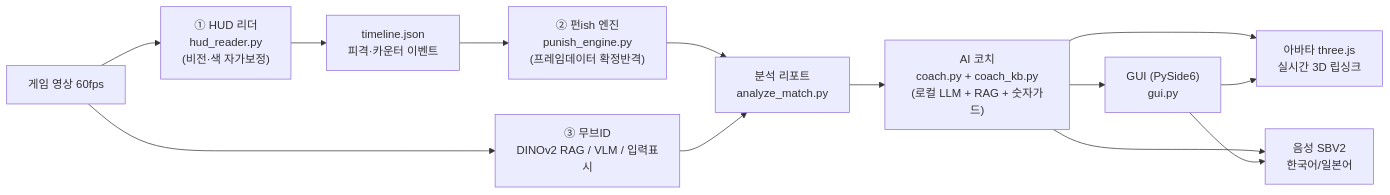
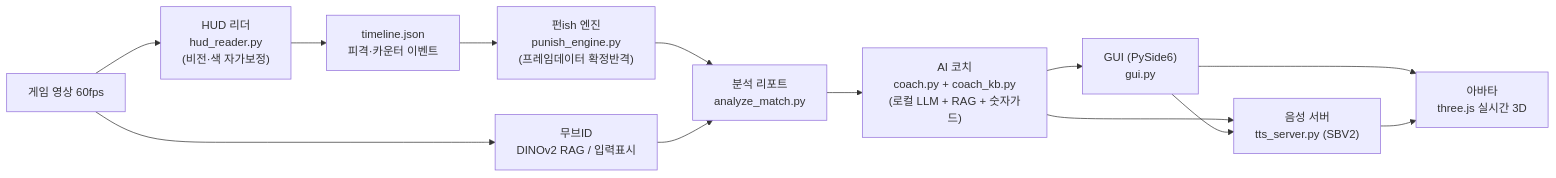
Before and after one commit to msc010312/punish_tool: the diagram in README.md, drawn with Mermaid. The commit also changed other lines of this file and 7 other files, not shown here.

First line of the commit message:
코치 음성 실시간 배선 + 감정 + 아바타 표정·생각포즈

````diff
--- a/README.md
+++ b/README.md
@@ -36,15 +13,15 @@
 ```mermaid
 flowchart LR
-    V[게임 영상 60fps] --> H["① HUD 리더<br/>hud_reader.py<br/>(비전·색 자가보정)"]
+    V[게임 영상 60fps] --> H["HUD 리더<br/>hud_reader.py<br/>(비전·색 자가보정)"]
     H --> T[timeline.json<br/>피격·카운터 이벤트]
-    T --> E["② 펀ish 엔진<br/>punish_engine.py<br/>(프레임데이터 확정반격)"]
-    V --> M["③ 무브ID<br/>DINOv2 RAG / VLM / 입력표시"]
+    T --> E["펀ish 엔진<br/>punish_engine.py<br/>(프레임데이터 확정반격)"]
+    V --> M["무브ID<br/>DINOv2 RAG / 입력표시"]
     E --> R["분석 리포트<br/>analyze_match.py"]
     M --> R
     R --> C["AI 코치<br/>coach.py + coach_kb.py<br/>(로컬 LLM + RAG + 숫자가드)"]
     C --> G["GUI (PySide6)<br/>gui.py"]
-    C --> TTS["음성 SBV2<br/>한국어/일본어"]
-    C --> AV["아바타 three.js<br/>실시간 3D 립싱크"]
-    G --> AV
+    C --> TTS["음성 서버<br/>tts_server.py (SBV2)"]
     G --> TTS
+    G --> AV["아바타<br/>three.js 실시간 3D"]
+    TTS --> AV
 ```
````
